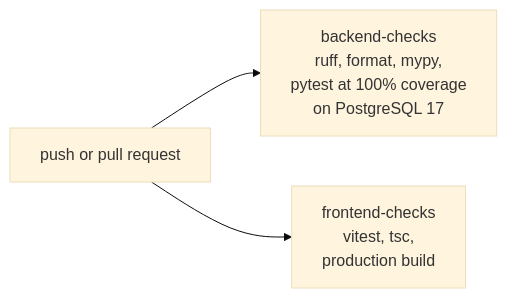
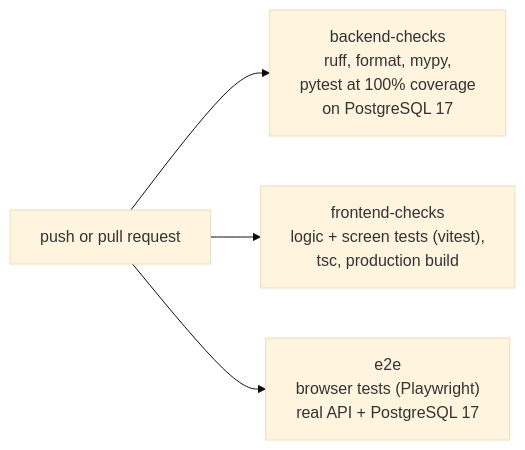
One commit to rahulwarekar20/habbit-quest changed the fifth of 5 diagrams in ARCHITECTURE.md. Above: the diagram before and after it, drawn with Mermaid (base theme). The commit also changed other lines of this file and 21 other files, not shown here.

First line of the commit message:
Add frontend screen tests and Playwright browser tests, run in CI

````diff
--- a/ARCHITECTURE.md
+++ b/ARCHITECTURE.md
@@ -117,5 +117,6 @@
 ```mermaid
 flowchart LR
     PR["push or pull request"] --> B["backend-checks<br/>ruff, format, mypy,<br/>pytest at 100% coverage<br/>on PostgreSQL 17"]
-    PR --> F["frontend-checks<br/>vitest, tsc,<br/>production build"]
+    PR --> F["frontend-checks<br/>logic + screen tests (vitest),<br/>tsc, production build"]
+    PR --> E["e2e<br/>browser tests (Playwright)<br/>real API + PostgreSQL 17"]
 ```
````
